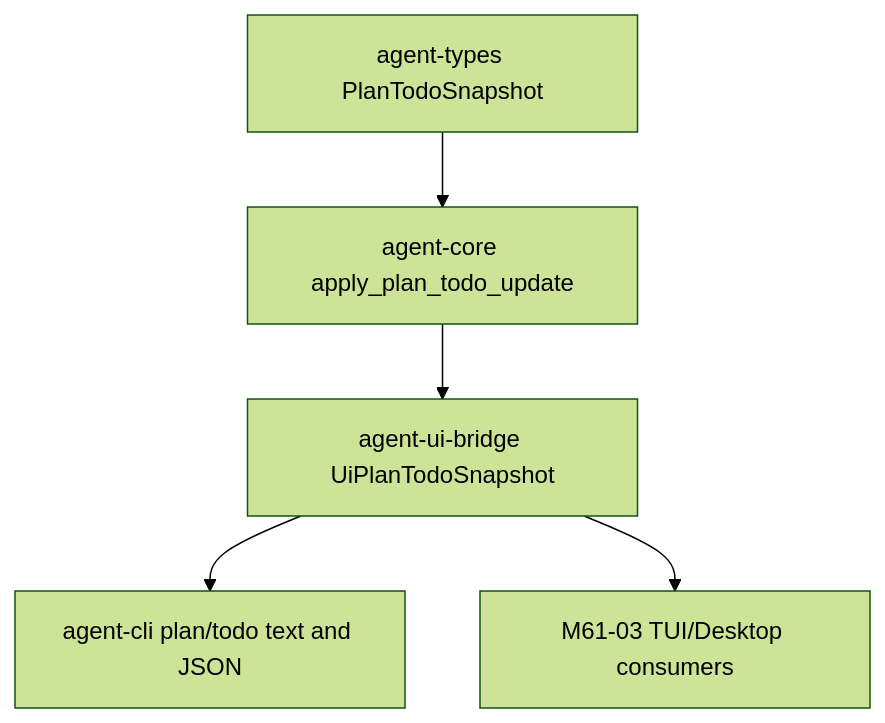
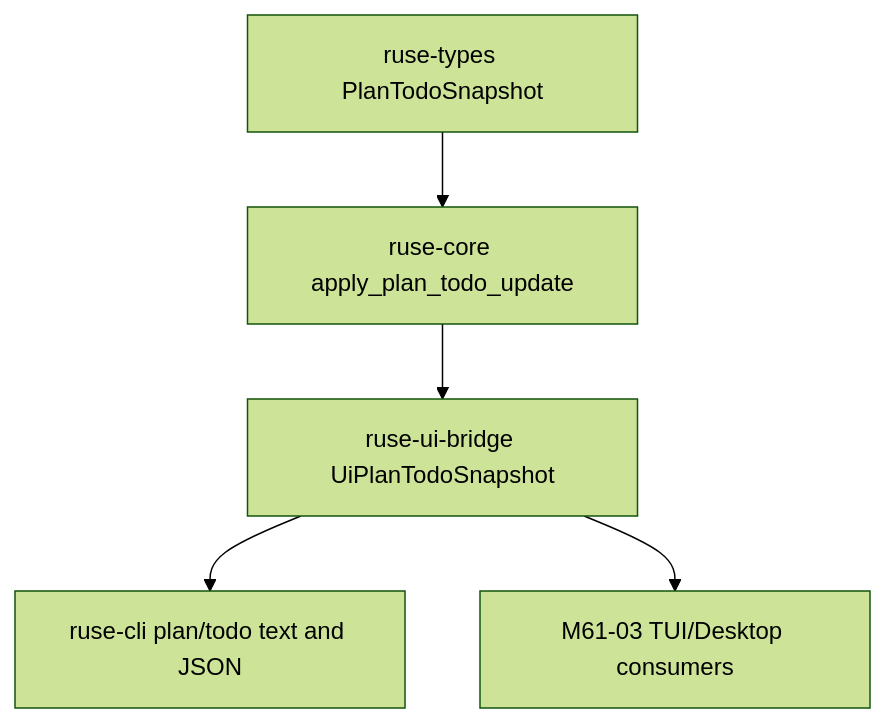
Before and after one commit to poneding/agent: the diagram in docs/specs/M61-02-cli-json-plan-todo.spec.md, drawn with Mermaid (forest theme). The commit also changed other lines of this file and 2091 other files, not shown here.

First line of the commit message:
refactor: rename agent branding to ruse

````diff
--- a/docs/specs/M61-02-cli-json-plan-todo.spec.md
+++ b/docs/specs/M61-02-cli-json-plan-todo.spec.md
@@ -36,7 +36,7 @@
 ```mermaid
 flowchart TD
-  Types["agent-types PlanTodoSnapshot"] --> Core["agent-core apply_plan_todo_update"]
-  Core --> Bridge["agent-ui-bridge UiPlanTodoSnapshot"]
-  Bridge --> CLI["agent-cli plan/todo text and JSON"]
+  Types["ruse-types PlanTodoSnapshot"] --> Core["ruse-core apply_plan_todo_update"]
+  Core --> Bridge["ruse-ui-bridge UiPlanTodoSnapshot"]
+  Bridge --> CLI["ruse-cli plan/todo text and JSON"]
   Bridge --> DesktopFuture["M61-03 TUI/Desktop consumers"]
 ```
````
